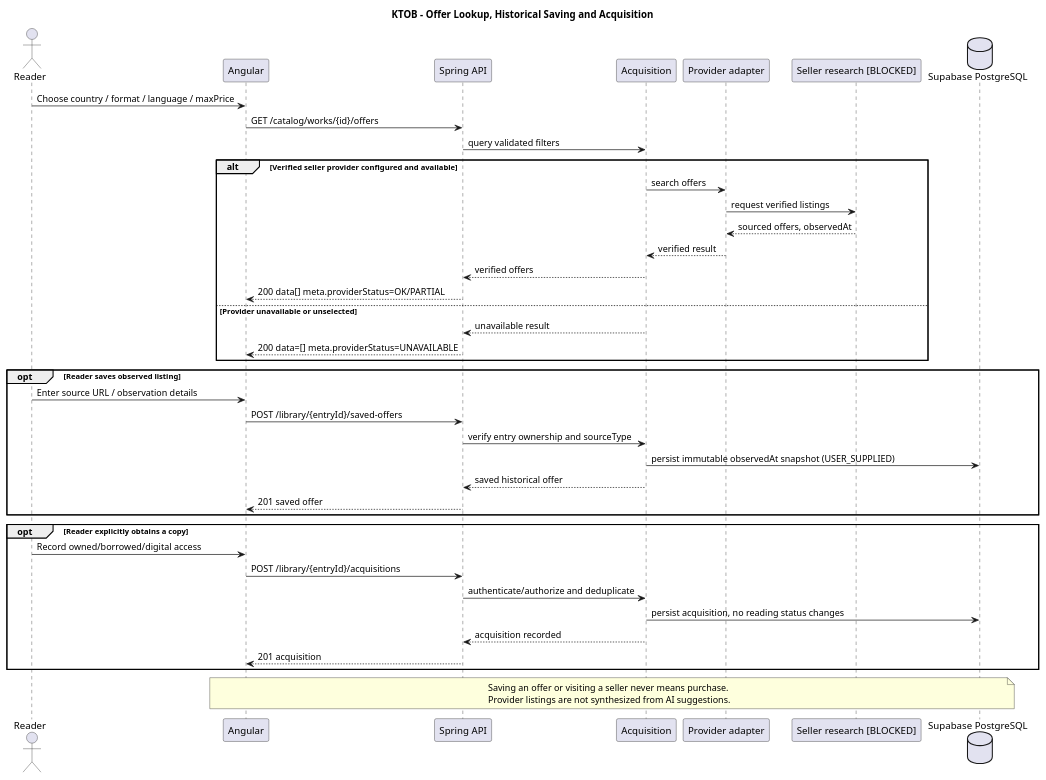
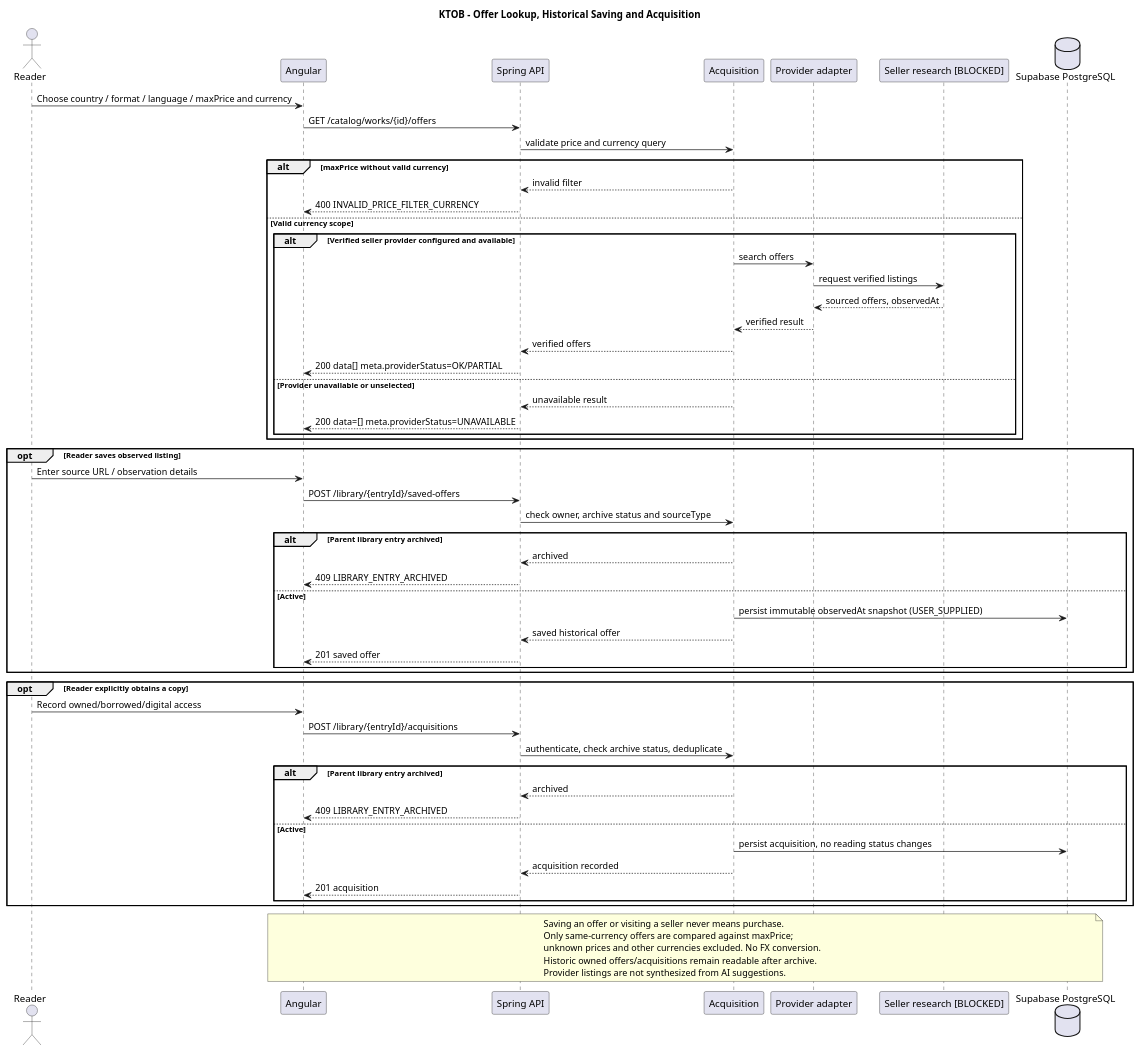
The diagram in docs/uml/11-sequence-acquisition.puml (Adam-BArbia/ktob-literary-companion), drawn with PlantUML before and after one commit. The commit also changed 15 other files, not shown here.

Commit message:
docs(architecture): resolve final UML, monetary and archival consistency gaps

```diff
--- a/docs/uml/11-sequence-acquisition.puml
+++ b/docs/uml/11-sequence-acquisition.puml
@@ -1,44 +1,62 @@
 @startuml KTOB_11_sequence_acquisition
 title KTOB - Offer Lookup, Historical Saving and Acquisition
 actor Reader
 participant "Angular" as UI
 participant "Spring API" as API
 participant "Acquisition" as Acquisition
 participant "Provider adapter" as Adapter
 participant "Seller research [BLOCKED]" as Seller
 database "Supabase PostgreSQL" as DB
-Reader -> UI : Choose country / format / language / maxPrice
+Reader -> UI : Choose country / format / language / maxPrice and currency
 UI -> API : GET /catalog/works/{id}/offers
-API -> Acquisition : query validated filters
+API -> Acquisition : validate price and currency query
+alt maxPrice without valid currency
+ Acquisition --> API : invalid filter
+ API --> UI : 400 INVALID_PRICE_FILTER_CURRENCY
+else Valid currency scope
 alt Verified seller provider configured and available
  Acquisition -> Adapter : search offers
  Adapter -> Seller : request verified listings
  Seller --> Adapter : sourced offers, observedAt
  Adapter --> Acquisition : verified result
  Acquisition --> API : verified offers
 API --> UI : 200 data[] meta.providerStatus=OK/PARTIAL
 else Provider unavailable or unselected
  Acquisition --> API : unavailable result
 API --> UI : 200 data=[] meta.providerStatus=UNAVAILABLE
 end
+end
 opt Reader saves observed listing
  Reader -> UI : Enter source URL / observation details
  UI -> API : POST /library/{entryId}/saved-offers
- API -> Acquisition : verify entry ownership and sourceType
- Acquisition -> DB : persist immutable observedAt snapshot (USER_SUPPLIED)
- Acquisition --> API : saved historical offer
-API --> UI : 201 saved offer
+ API -> Acquisition : check owner, archive status and sourceType
+ alt Parent library entry archived
+  Acquisition --> API : archived
+  API --> UI : 409 LIBRARY_ENTRY_ARCHIVED
+ else Active
+  Acquisition -> DB : persist immutable observedAt snapshot (USER_SUPPLIED)
+  Acquisition --> API : saved historical offer
+  API --> UI : 201 saved offer
+ end
 end
 opt Reader explicitly obtains a copy
  Reader -> UI : Record owned/borrowed/digital access
  UI -> API : POST /library/{entryId}/acquisitions
- API -> Acquisition : authenticate/authorize and deduplicate
- Acquisition -> DB : persist acquisition, no reading status changes
- Acquisition --> API : acquisition recorded
-API --> UI : 201 acquisition
+ API -> Acquisition : authenticate, check archive status, deduplicate
+ alt Parent library entry archived
+  Acquisition --> API : archived
+  API --> UI : 409 LIBRARY_ENTRY_ARCHIVED
+ else Active
+  Acquisition -> DB : persist acquisition, no reading status changes
+  Acquisition --> API : acquisition recorded
+  API --> UI : 201 acquisition
+ end
 end
 note over UI,DB
 Saving an offer or visiting a seller never means purchase.
+Only same-currency offers are compared against maxPrice;
+unknown prices and other currencies excluded. No FX conversion.
+Historic owned offers/acquisitions remain readable after archive.
 Provider listings are not synthesized from AI suggestions.
 end note
 @enduml
```
